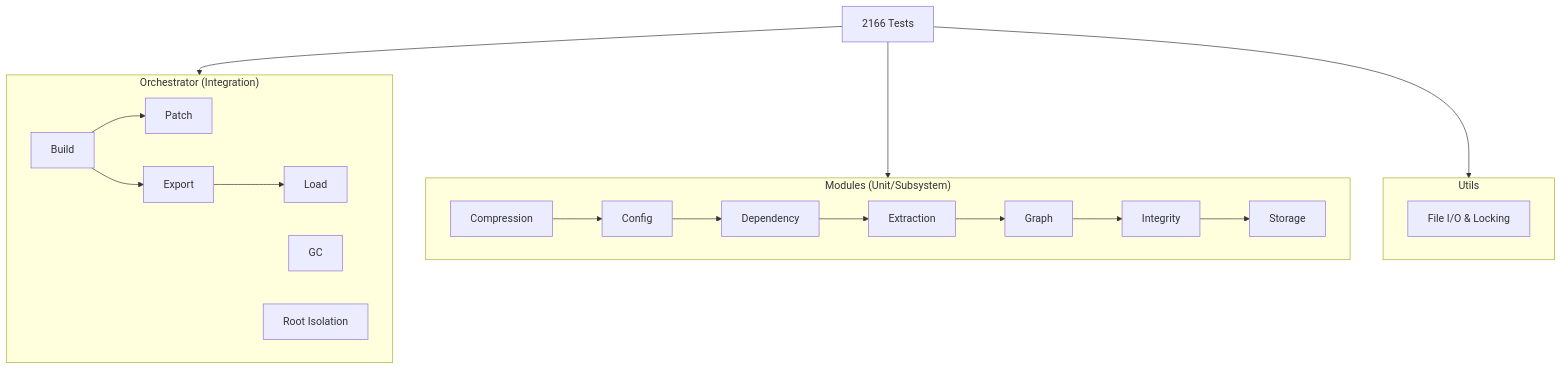
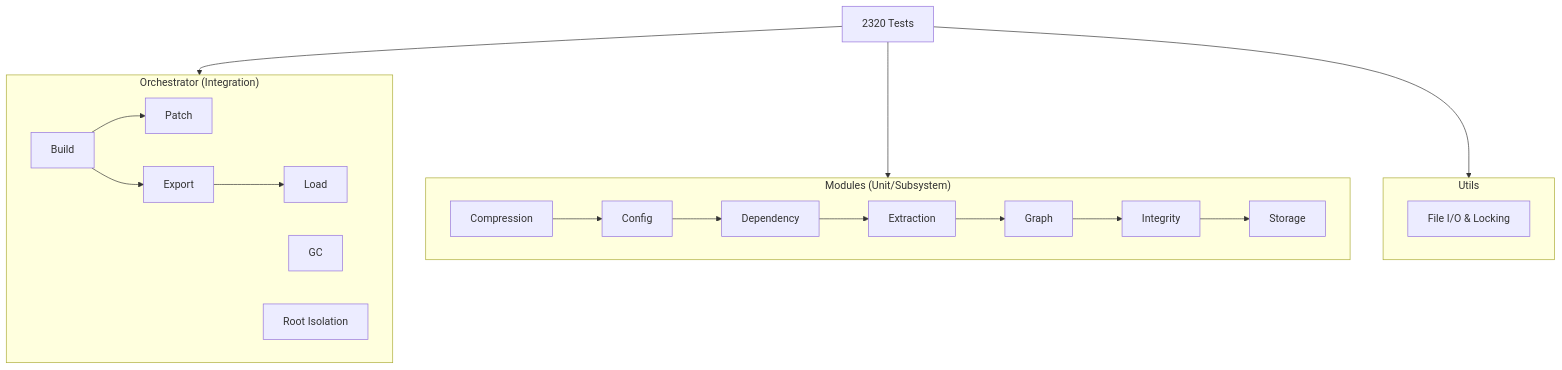
The diagram in docs-site/docs/tests/index.md (sageoz/Batho), drawn with Mermaid before and after one commit. The commit also changed other lines of this file and 229 other files, not shown here.

````diff
--- a/docs-site/docs/tests/index.md
+++ b/docs-site/docs/tests/index.md
@@ -47,24 +47,24 @@
 ```mermaid
 flowchart TB
     subgraph Orchestrator["Orchestrator (Integration)"]
         B[Build] --> P[Patch]
         B --> E[Export]
         E --> L[Load]
         G[GC]
         R[Root Isolation]
     end
     subgraph Modules["Modules (Unit/Subsystem)"]
         C[Compression] --> CO[Config]
         CO --> D[Dependency]
         D --> EX[Extraction]
         EX --> GR[Graph]
         GR --> I[Integrity]
         I --> S[Storage]
     end
     subgraph Utils["Utils"]
         U[File I/O & Locking]
     end
-    Suite[2166 Tests] --> Orchestrator
+    Suite[2320 Tests] --> Orchestrator
     Suite --> Modules
     Suite --> Utils
 ```
````
